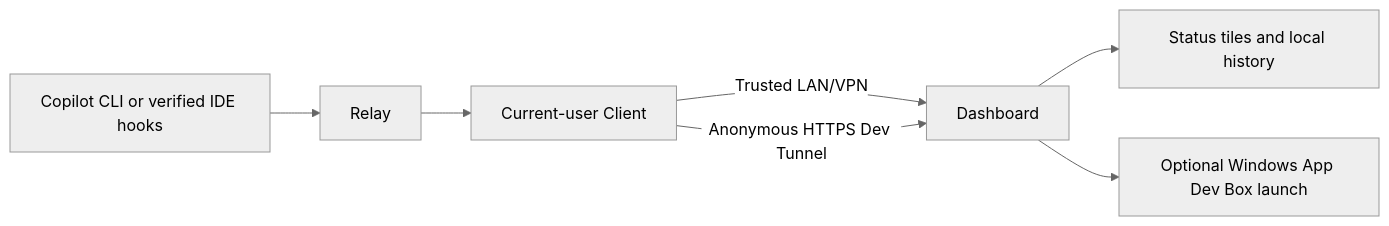
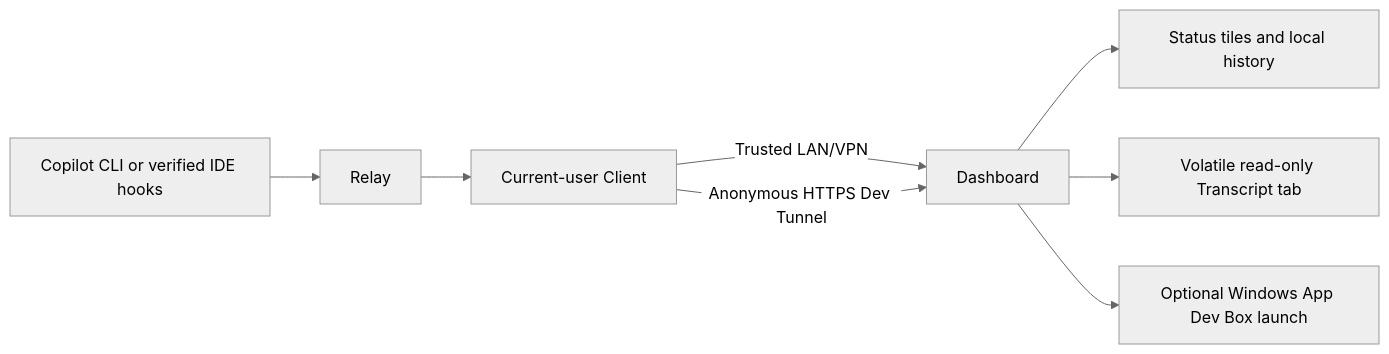
Before and after one commit to andysterland/agent-signaler: the diagram in README.md, drawn with Mermaid (neutral theme). The commit also changed other lines of this file and 70 other files, not shown here.

First line of the commit message:
Implement bounded read-only conversation transcripts

````diff
--- a/README.md
+++ b/README.md
@@ -61,9 +61,10 @@
 ```mermaid
 flowchart LR
     A[Copilot CLI or verified IDE hooks] --> B[Relay]
     B --> C[Current-user Client]
     C -->|Trusted LAN/VPN| D[Dashboard]
     C -->|Anonymous HTTPS Dev Tunnel| D
     D --> E[Status tiles and local history]
+    D --> G[Volatile read-only Transcript tab]
     D --> F[Optional Windows App Dev Box launch]
 ```
````
